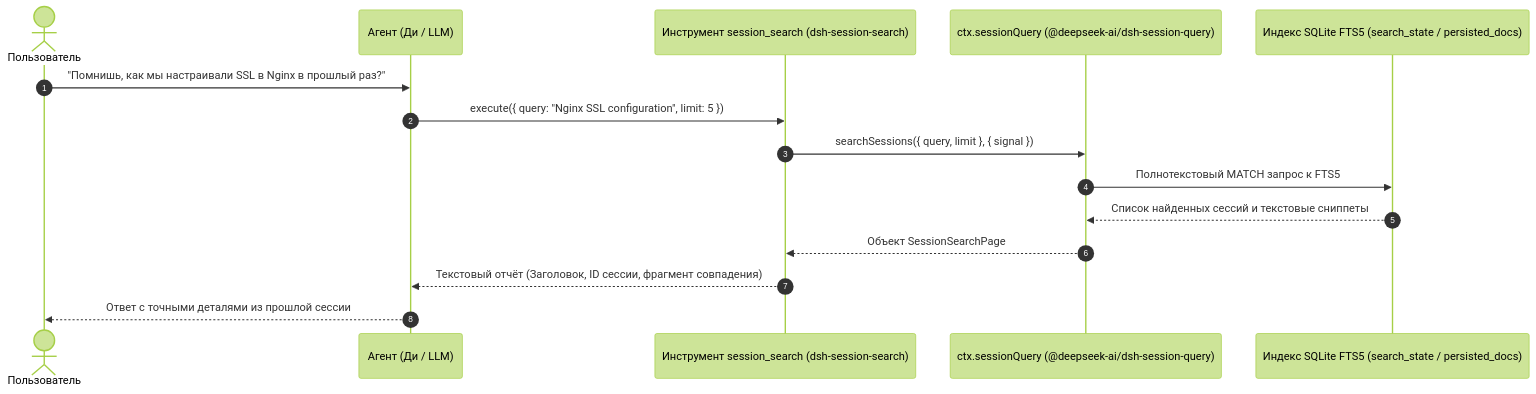
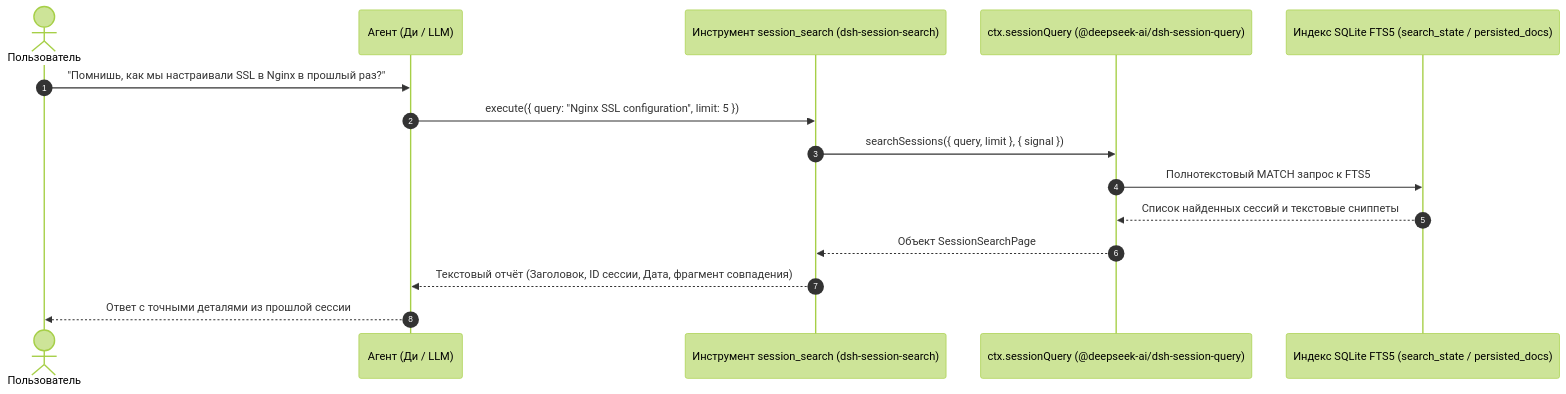
One commit to GooDAnDReaDY/dsh-session-search changed the diagram in README.ru.md. Above: the diagram before and after it, drawn with Mermaid (forest theme). The commit also changed other lines of this file and 6 other files, not shown here.

````diff
--- a/README.ru.md
+++ b/README.ru.md
@@ -41,18 +52,18 @@
 ```mermaid
 sequenceDiagram
     autonumber
     actor User as Пользователь
     participant Agent as Агент (Ди / LLM)
     participant Tool as Инструмент session_search (dsh-session-search)
     participant Core as ctx.sessionQuery (@deepseek-ai/dsh-session-query)
     participant DB as Индекс SQLite FTS5 (search_state / persisted_docs)
 
     User->>Agent: "Помнишь, как мы настраивали SSL в Nginx в прошлый раз?"
     Agent->>Tool: execute({ query: "Nginx SSL configuration", limit: 5 })
     Tool->>Core: searchSessions({ query, limit }, { signal })
     Core->>DB: Полнотекстовый MATCH запрос к FTS5
     DB-->>Core: Список найденных сессий и текстовые сниппеты
     Core-->>Tool: Объект SessionSearchPage
-    Tool-->>Agent: Текстовый отчёт (Заголовок, ID сессии, фрагмент совпадения)
+    Tool-->>Agent: Текстовый отчёт (Заголовок, ID сессии, Дата, фрагмент совпадения)
     Agent-->>User: Ответ с точными деталями из прошлой сессии
 ```
````
